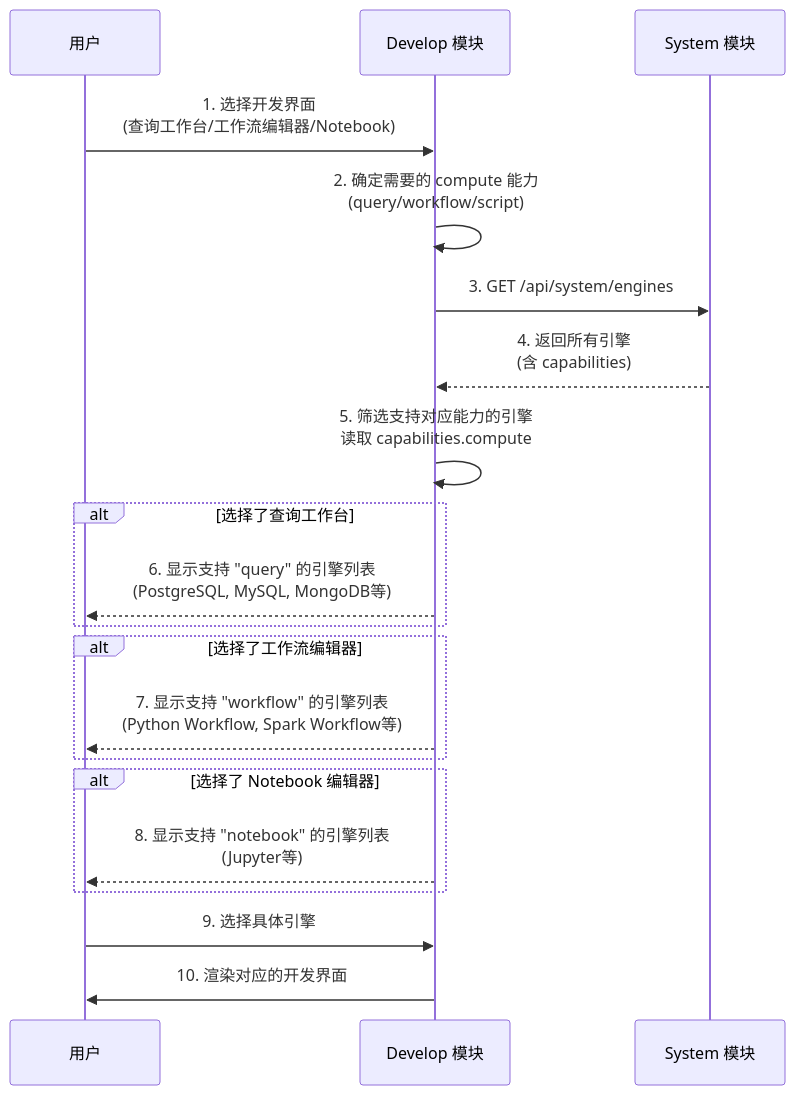
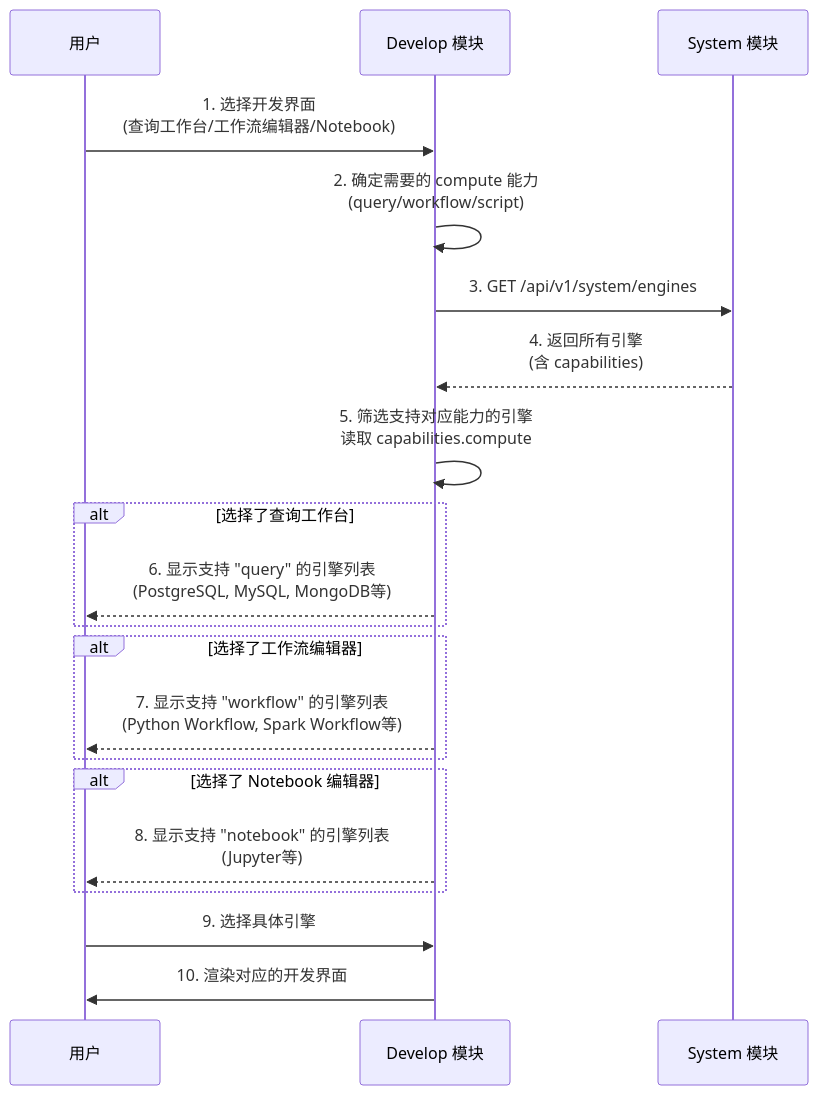
One commit to pampa0629/addp changed the fifth of 5 diagrams in docs/concepts/addp数据开发体系图.md. Above: the diagram before and after it, drawn with Mermaid. The commit also changed 402 other files, not shown here.

````diff
--- a/docs/concepts/addp数据开发体系图.md
+++ b/docs/concepts/addp数据开发体系图.md
@@ -271,27 +271,27 @@
 ```mermaid
 sequenceDiagram
     participant User as 用户
     participant Develop as Develop 模块
     participant System as System 模块
 
     User->>Develop: 1. 选择开发界面<br/>(查询工作台/工作流编辑器/Notebook)
     Develop->>Develop: 2. 确定需要的 compute 能力<br/>(query/workflow/script)
-    Develop->>System: 3. GET /api/system/engines
+    Develop->>System: 3. GET /api/v1/system/engines
     System-->>Develop: 4. 返回所有引擎<br/>(含 capabilities)
     Develop->>Develop: 5. 筛选支持对应能力的引擎<br/>读取 capabilities.compute
 
     alt 选择了查询工作台
         Develop-->>User: 6. 显示支持 "query" 的引擎列表<br/>(PostgreSQL, MySQL, MongoDB等)
     end
 
     alt 选择了工作流编辑器
         Develop-->>User: 7. 显示支持 "workflow" 的引擎列表<br/>(Python Workflow, Spark Workflow等)
     end
 
     alt 选择了 Notebook 编辑器
         Develop-->>User: 8. 显示支持 "notebook" 的引擎列表<br/>(Jupyter等)
     end
 
     User->>Develop: 9. 选择具体引擎
     Develop->>User: 10. 渲染对应的开发界面
 ```
````
